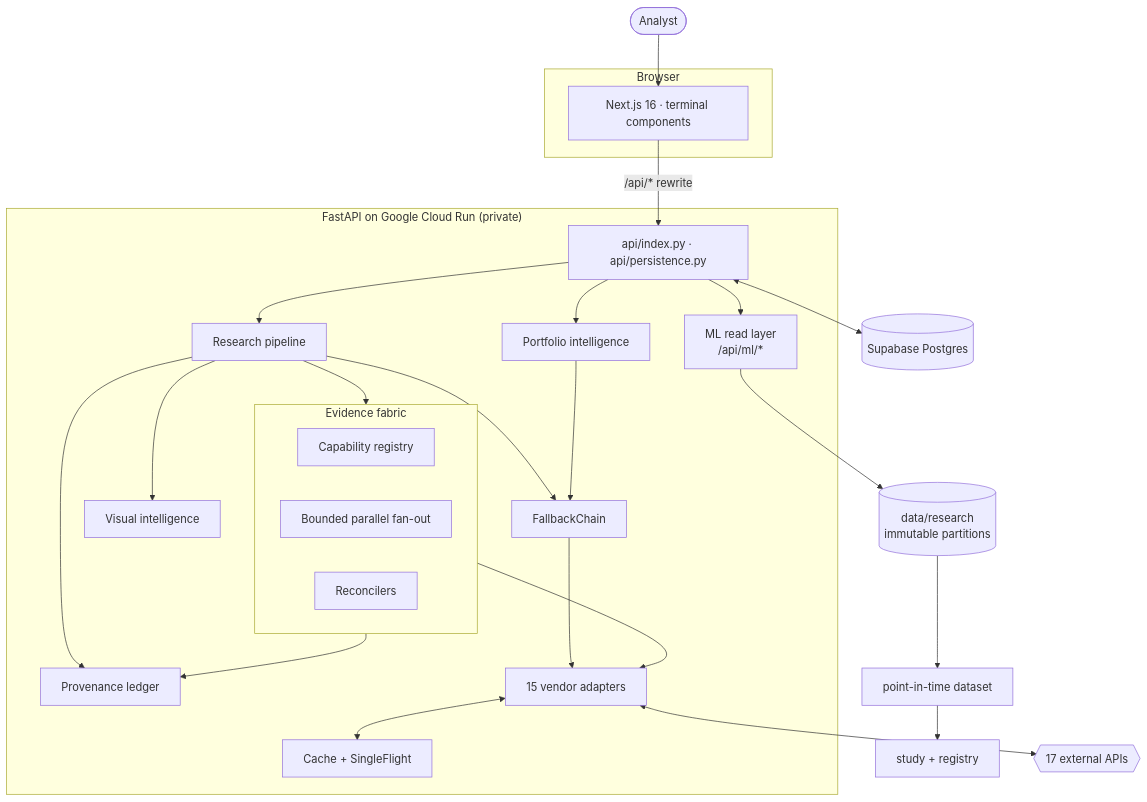
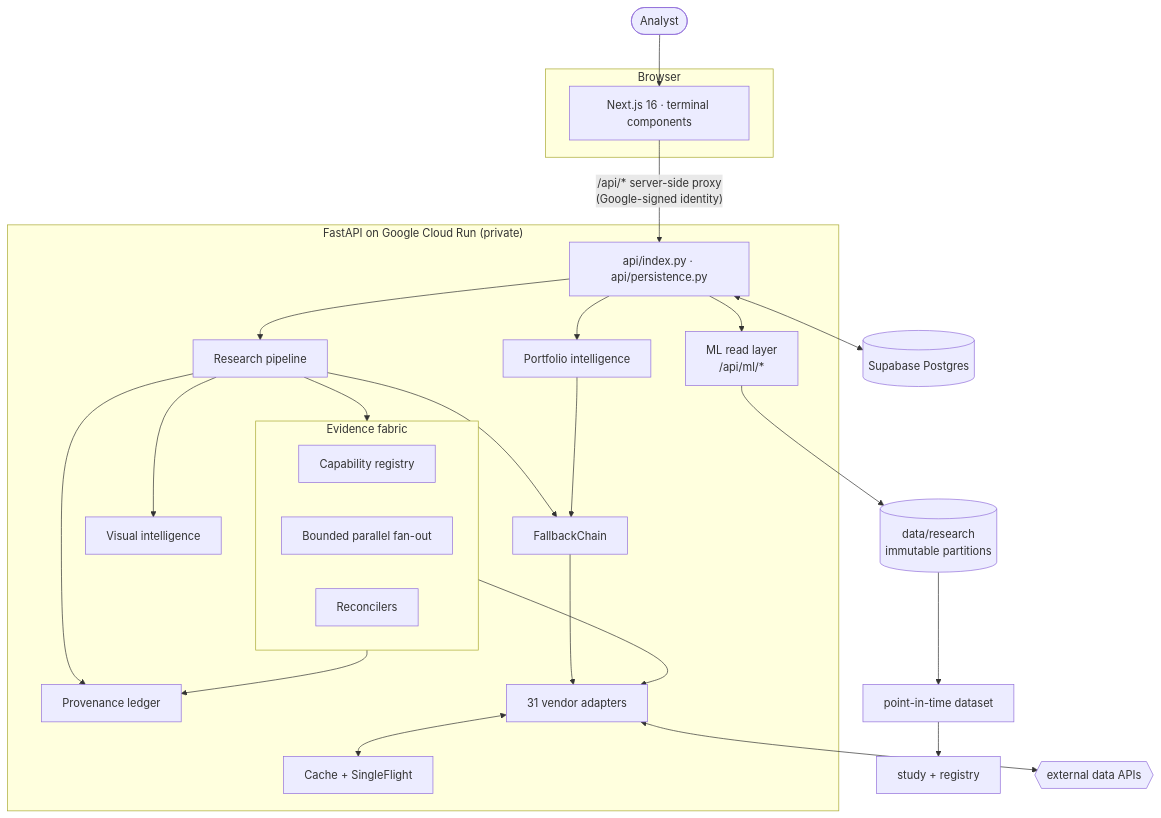
One commit to iAakash1/miniAladdin changed the first of 8 diagrams in README.md. Above: the diagram before and after it, drawn with Mermaid. The commit also changed other lines of this file and 11 other files, not shown here.

````diff
--- a/README.md
+++ b/README.md
@@ -131,46 +143,46 @@
 ```mermaid
 flowchart TB
     U([Analyst])
 
     subgraph BROWSER["Browser"]
         NEXT["Next.js 16 · terminal components"]
     end
 
     subgraph BACKEND["FastAPI on Google Cloud Run (private)"]
         API["api/index.py · api/persistence.py"]
         RESEARCH["Research pipeline"]
         PORT["Portfolio intelligence"]
         VIS["Visual intelligence"]
         PROV["Provenance ledger"]
         ML["ML read layer<br/>/api/ml/*"]
 
         subgraph FABRIC["Evidence fabric"]
             CAPS["Capability registry"]
             FAN["Bounded parallel fan-out"]
             RECON["Reconcilers"]
         end
 
         CHAIN["FallbackChain"]
-        ADAPT["15 vendor adapters"]
+        ADAPT["31 vendor adapters"]
         CACHE["Cache + SingleFlight"]
     end
 
     RAW[("data/research<br/>immutable partitions")]
     PIT["point-in-time dataset"]
     STUDY["study + registry"]
     SUPA[("Supabase Postgres")]
-    EXT{{"17 external APIs"}}
+    EXT{{"external data APIs"}}
 
-    U --> NEXT -->|"/api/* rewrite"| API
+    U --> NEXT -->|"/api/* server-side proxy<br/>(Google-signed identity)"| API
     API --> RESEARCH & PORT & ML
     RESEARCH --> FABRIC & CHAIN & VIS & PROV
     PORT --> CHAIN
     FABRIC --> ADAPT
     CHAIN --> ADAPT
     ADAPT <--> CACHE
     ADAPT <--> EXT
     FABRIC --> PROV
     API <--> SUPA
     ML --> RAW
     RAW --> PIT --> STUDY
 ```
````
